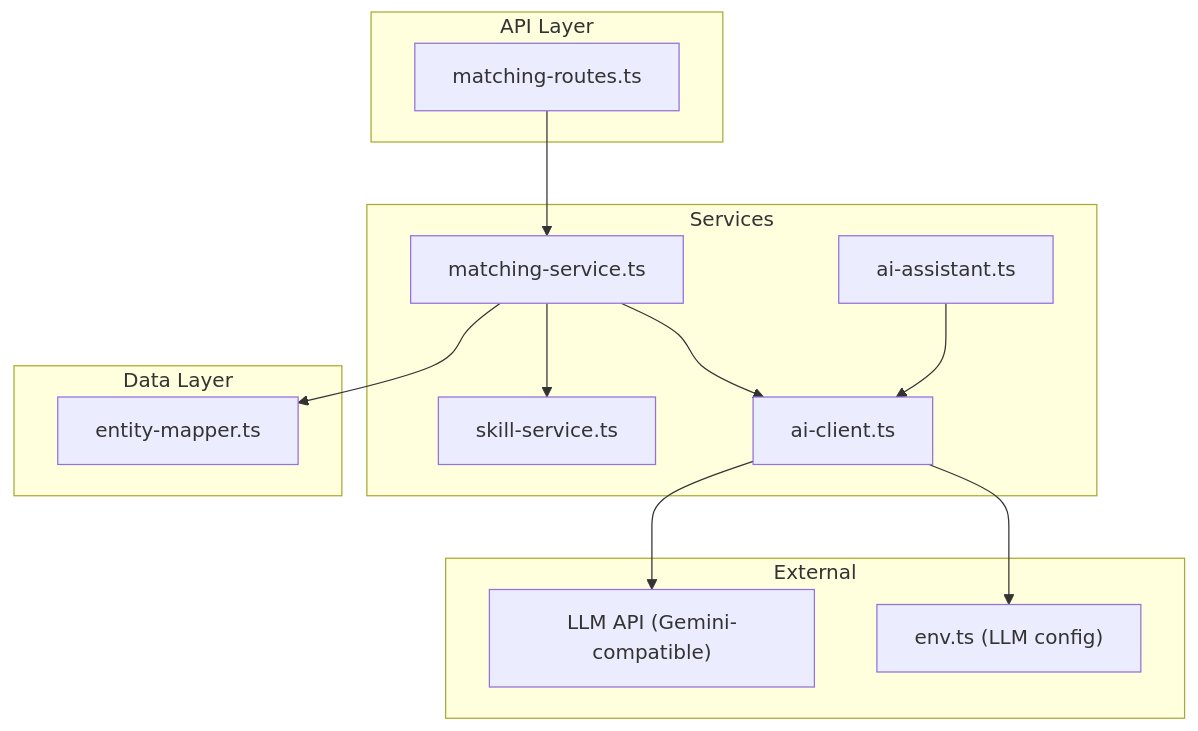
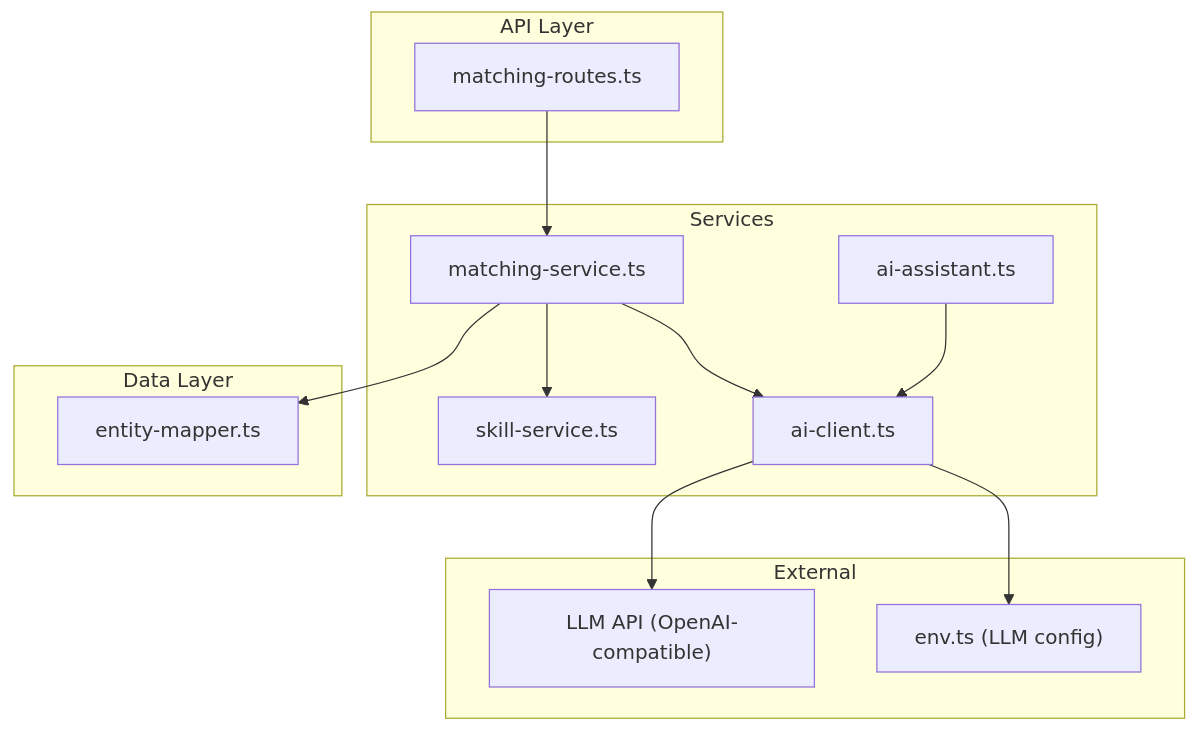
The first of 6 diagrams in docs/architecture/ai-matching.md (ProTechPh/FreelanceXchain-api), drawn with Mermaid before and after one commit. The commit also changed other lines of this file and 57 other files, not shown here.

````diff
--- a/docs/architecture/ai-matching.md
+++ b/docs/architecture/ai-matching.md
@@ -31,26 +31,26 @@
 ```mermaid
 graph TB
 subgraph "API Layer"
 R["matching-routes.ts"]
 end
 subgraph "Services"
 MS["matching-service.ts"]
 AC["ai-client.ts"]
 AA["ai-assistant.ts"]
 SS["skill-service.ts"]
 end
 subgraph "Data Layer"
 EM["entity-mapper.ts"]
 end
 subgraph "External"
 CFG["env.ts (LLM config)"]
-LLM["LLM API (Gemini-compatible)"]
+LLM["LLM API (OpenAI-compatible)"]
 end
 R --> MS
 MS --> AC
 MS --> SS
 MS --> EM
 AA --> AC
 AC --> CFG
 AC --> LLM
 ```
````
